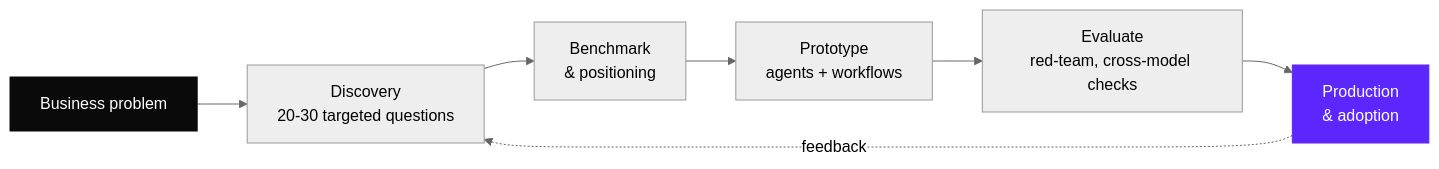
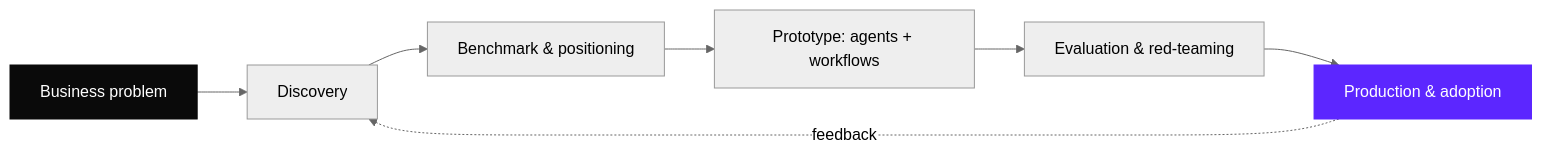
One commit to GharbiW/GharbiW changed the diagram in README.md. Above: the diagram before and after it, drawn with Mermaid (neutral theme). The commit also changed other lines of this file, not shown here.

````diff
--- a/README.md
+++ b/README.md
@@ -38,11 +55,11 @@
 ```mermaid
 flowchart LR
-    A[Business problem] --> B[Discovery<br/>20-30 targeted questions]
-    B --> C[Benchmark<br/>& positioning]
-    C --> D[Prototype<br/>agents + workflows]
-    D --> E[Evaluate<br/>red-team, cross-model checks]
-    E --> F[Production<br/>& adoption]
+    A[Business problem] --> B[Discovery]
+    B --> C[Benchmark & positioning]
+    C --> D[Prototype: agents + workflows]
+    D --> E[Evaluation & red-teaming]
+    E --> F[Production & adoption]
     F -. feedback .-> B
     style A fill:#0A0A0A,color:#fff,stroke:#0A0A0A
     style F fill:#5C26FF,color:#fff,stroke:#5C26FF
 ```
````
